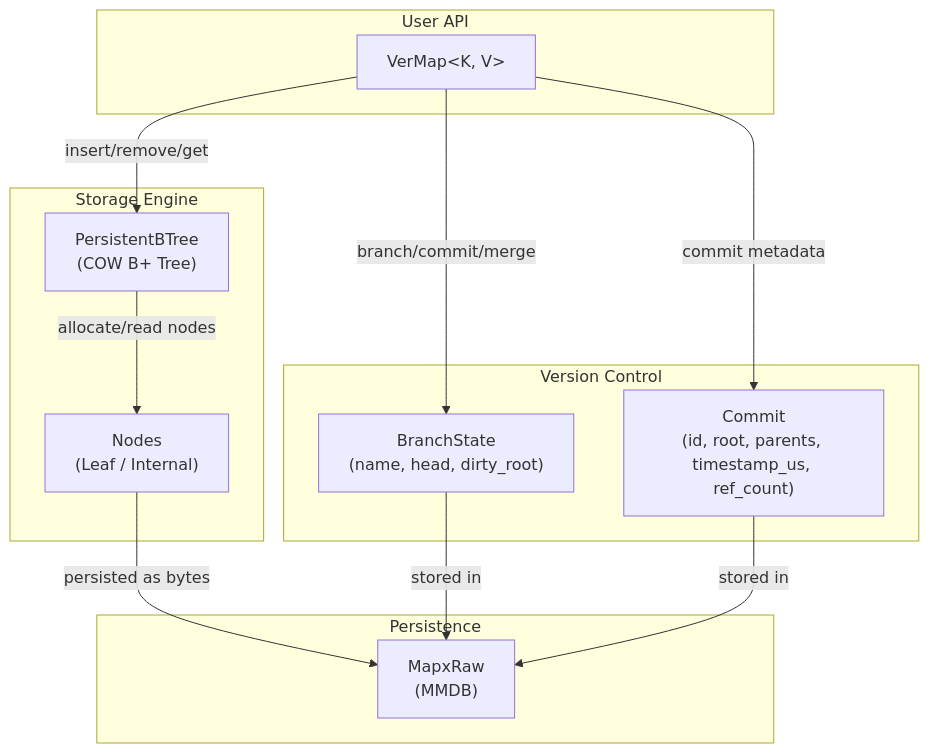
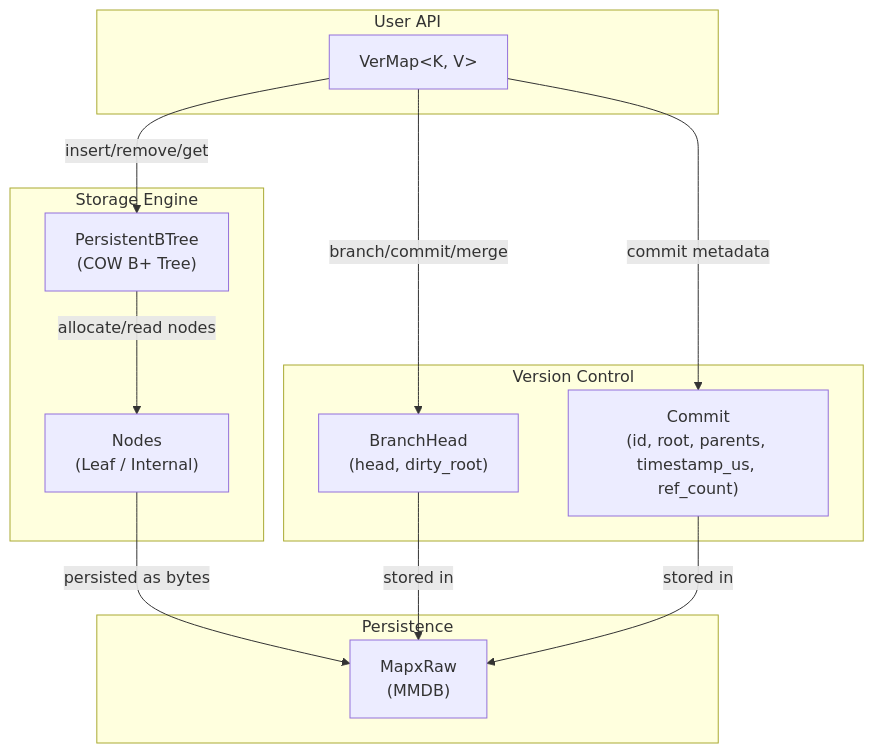
One commit to rust-util-collections/vsdb changed the first of 17 diagrams in strata/docs/versioned.md. Above: the diagram before and after it, drawn with Mermaid. The commit also changed other lines of this file and 155 other files, not shown here.

````diff
--- a/strata/docs/versioned.md
+++ b/strata/docs/versioned.md
@@ -27,28 +27,28 @@
 ```mermaid
 graph TB
     subgraph "User API"
         VM["VerMap&lt;K, V&gt;"]
     end
 
     subgraph "Version Control"
-        BR["BranchState<br/>(name, head, dirty_root)"]
+        BR["BranchHead<br/>(head, dirty_root)"]
         CM["Commit<br/>(id, root, parents, timestamp_us, ref_count)"]
     end
 
     subgraph "Storage Engine"
         BT["PersistentBTree<br/>(COW B+ Tree)"]
         ND["Nodes<br/>(Leaf / Internal)"]
     end
 
     subgraph "Persistence"
         MR["MapxRaw<br/>(MMDB)"]
     end
 
     VM -->|"branch/commit/merge"| BR
     VM -->|"commit metadata"| CM
     VM -->|"insert/remove/get"| BT
     BT -->|"allocate/read nodes"| ND
     ND -->|"persisted as bytes"| MR
     BR -->|"stored in"| MR
     CM -->|"stored in"| MR
 ```
````
